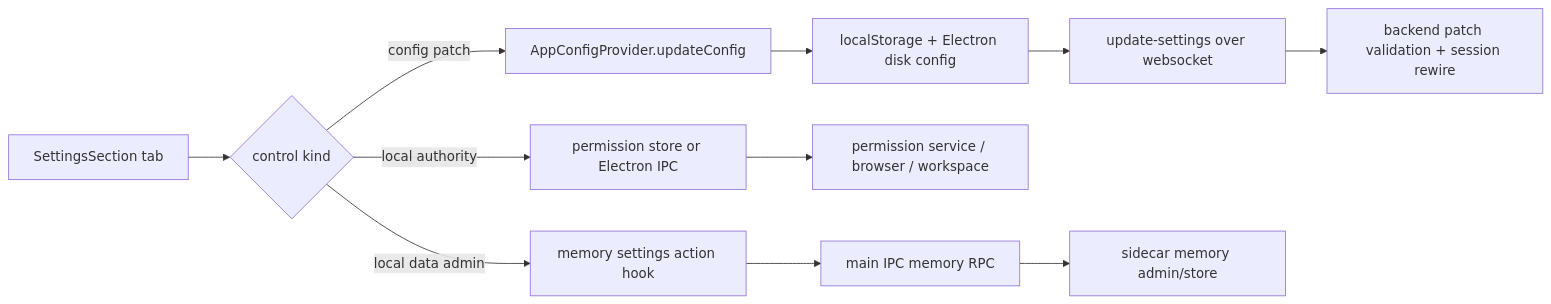
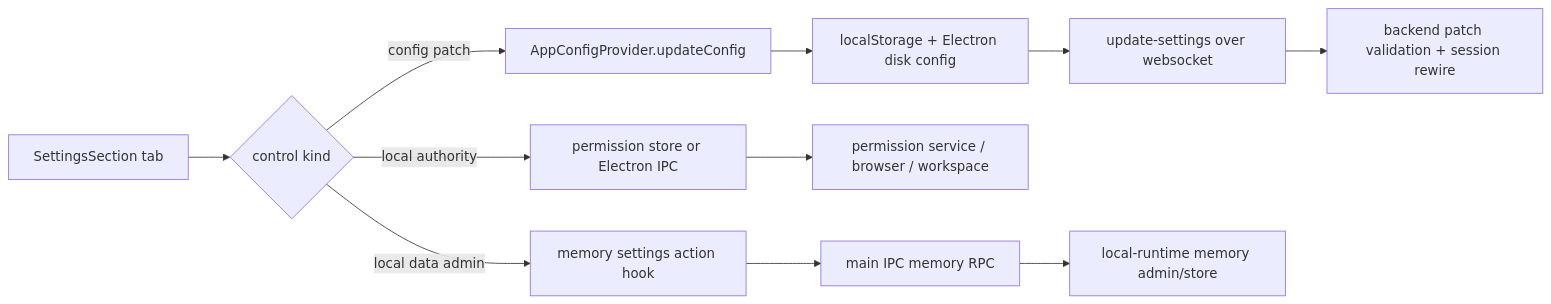
One commit to buiilding/My_Own_OpenClaw changed the diagram in docs/frontend/renderer/settings/settings_surface_change_workflow.md. Above: the diagram before and after it, drawn with Mermaid. The commit also changed other lines of this file and 14 other files, not shown here.

First line of the commit message:
docs(frontend): route memory surfaces through local runtime

````diff
--- a/docs/frontend/renderer/settings/settings_surface_change_workflow.md
+++ b/docs/frontend/renderer/settings/settings_surface_change_workflow.md
@@ -27,13 +27,13 @@
 ```mermaid
 flowchart LR
     A["SettingsSection tab"] --> B{"control kind"}
     B -- "config patch" --> C["AppConfigProvider.updateConfig"]
     C --> D["localStorage + Electron disk config"]
     D --> E["update-settings over websocket"]
     E --> F["backend patch validation + session rewire"]
     B -- "local authority" --> G["permission store or Electron IPC"]
     G --> H["permission service / browser / workspace"]
     B -- "local data admin" --> I["memory settings action hook"]
     I --> J["main IPC memory RPC"]
-    J --> K["sidecar memory admin/store"]
+    J --> K["local-runtime memory admin/store"]
 ```
````
